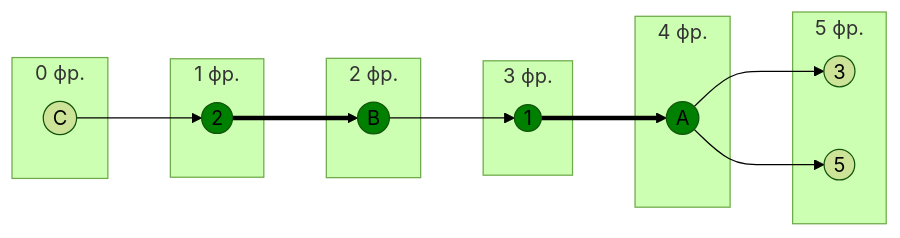
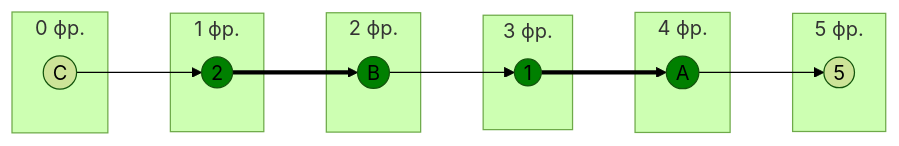
Before and after one commit to algos-ris-24-4/manual-tasks: the fifth of 15 diagrams in Задание 8/programturtles.md, drawn with Mermaid (forest theme). The commit also changed other lines of this file, not shown here.

````diff
--- a/Задание 8/programturtles.md
+++ b/Задание 8/programturtles.md
@@ -197,30 +207,28 @@
 ```mermaid
 graph LR
     subgraph " 0 фр."
         C((C))
     end
     subgraph " 1 фр."
         2((2))
     end
     subgraph " 2 фр."
         B((B))
     end
     subgraph " 3 фр."
         1((1))
     end
     subgraph " 4 фр."
         A((A))
     end
     subgraph " 5 фр."
         5((5))
-        3((3))
     end
     C --> 2 ==> B
     B --> 1 ==> A
     A --> 5 
-    A --> 3
     style A fill:#008000
     style B fill:#008000
     style 1 fill:#008000
     style 2 fill:#008000
 ```
````
